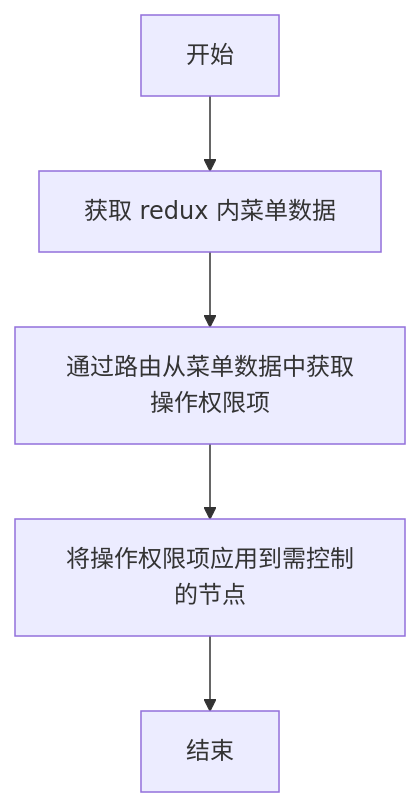
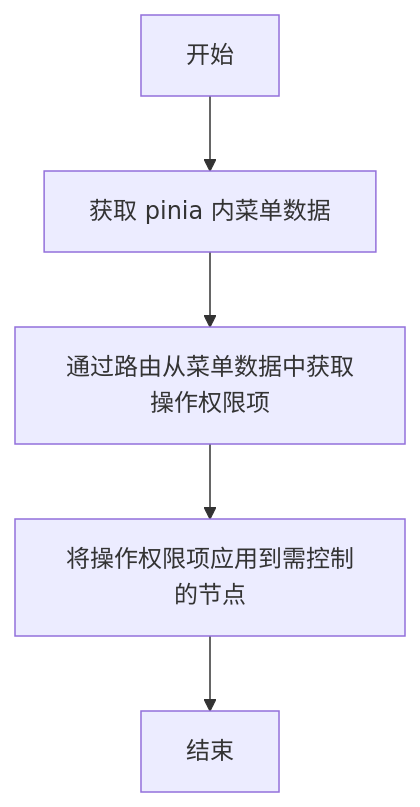
One commit to lb1129/l-admin-vue changed the fourth of 4 diagrams in PermissionFlow.md. Above: the diagram before and after it, drawn with Mermaid. The commit also changed other lines of this file, not shown here.

````diff
--- a/PermissionFlow.md
+++ b/PermissionFlow.md
@@ -36,6 +36,6 @@
 ```mermaid
 graph TD;
-    A[开始]-->B[获取 redux 内菜单数据]
+    A[开始]-->B[获取 pinia 内菜单数据]
     B-->C[通过路由从菜单数据中获取操作权限项]
     C-->D[将操作权限项应用到需控制的节点]-->E[结束]
 ```
````
